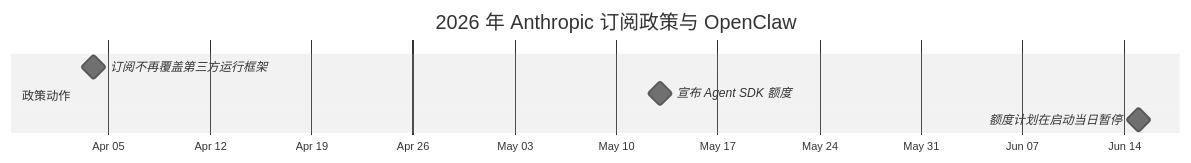
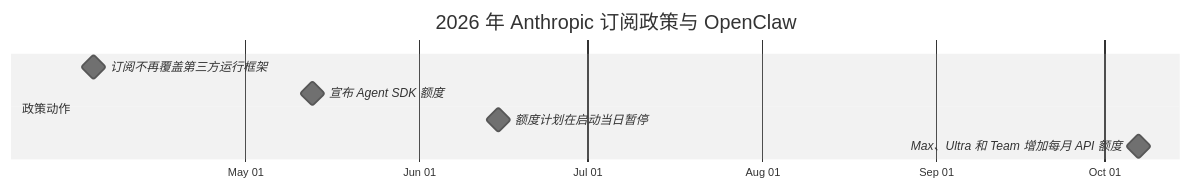
One commit to ChiHoc/ai-system-design-guide-zh changed the diagram in 17-tool-use-and-computer-agents/03-openclaw-deep-dive.md. Above: the diagram before and after it, drawn with Mermaid (neutral theme). The commit also changed other lines of this file and 112 other files, not shown here.

````diff
--- a/17-tool-use-and-computer-agents/03-openclaw-deep-dive.md
+++ b/17-tool-use-and-computer-agents/03-openclaw-deep-dive.md
@@ -772,10 +772,11 @@
 ```mermaid
 gantt
     title 2026 年 Anthropic 订阅政策与 OpenClaw
     dateFormat  YYYY-MM-DD
     axisFormat  %b %d
     section 政策动作
     订阅不再覆盖第三方运行框架 :milestone, a1, 2026-04-04, 0d
     宣布 Agent SDK 额度        :milestone, a2, 2026-05-13, 0d
     额度计划在启动当日暂停      :milestone, a3, 2026-06-15, 0d
+    Max、Ultra 和 Team 增加每月 API 额度 :milestone, a4, 2026-10-07, 0d
 ```
````
